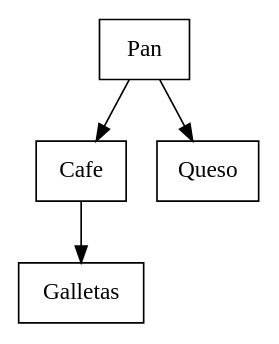
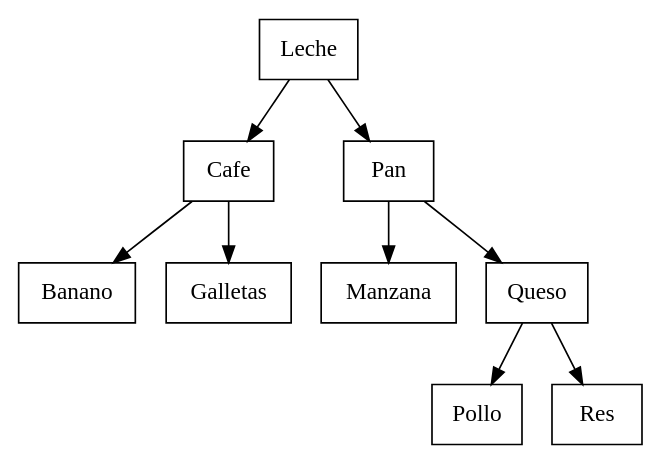
One commit to RonaldSamayoa/Proyecto1_EDD_PS26 changed the diagram in output/avl.dot. Above: the diagram before and after it, drawn with Graphviz. The commit also changed 13 other files, not shown here.

```diff
--- a/output/avl.dot
+++ b/output/avl.dot
@@ -1,10 +1,20 @@
 digraph AVL {
 node [shape=record];
-"0x5cd9460ccf10" [label="Pan"];
-"0x5cd9460ccf10" -> "0x5cd9460ccba0";
-"0x5cd9460ccba0" [label="Cafe"];
-"0x5cd9460ccba0" -> "0x5cd9460ccc70";
-"0x5cd9460ccc70" [label="Galletas"];
-"0x5cd9460ccf10" -> "0x5cd9460ccad0";
-"0x5cd9460ccad0" [label="Queso"];
+"0x601755b80a80" [label="Leche"];
+"0x601755b80a80" -> "0x601755b80c00";
+"0x601755b80c00" [label="Cafe"];
+"0x601755b80c00" -> "0x601755b81d70";
+"0x601755b81d70" [label="Banano"];
+"0x601755b80c00" -> "0x601755b80cd0";
+"0x601755b80cd0" [label="Galletas"];
+"0x601755b80a80" -> "0x601755b80f10";
+"0x601755b80f10" [label="Pan"];
+"0x601755b80f10" -> "0x601755b80da0";
+"0x601755b80da0" [label="Manzana"];
+"0x601755b80f10" -> "0x601755b80b50";
+"0x601755b80b50" [label="Queso"];
+"0x601755b80b50" -> "0x601755b81e20";
+"0x601755b81e20" [label="Pollo"];
+"0x601755b80b50" -> "0x601755b7fd90";
+"0x601755b7fd90" [label="Res"];
 }
```
